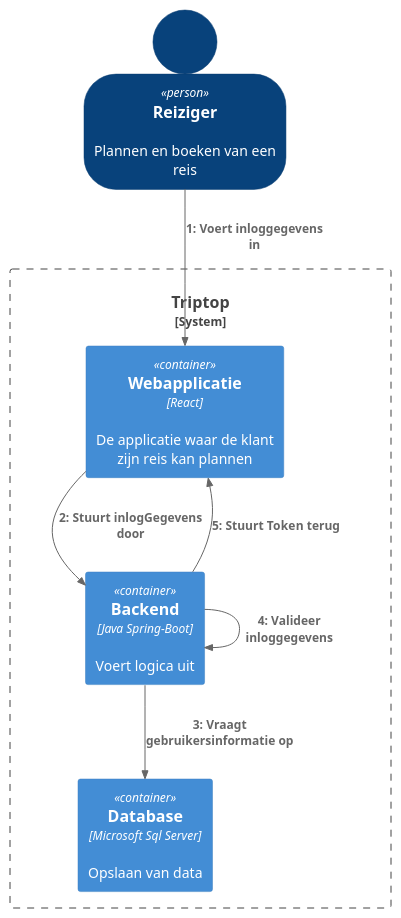
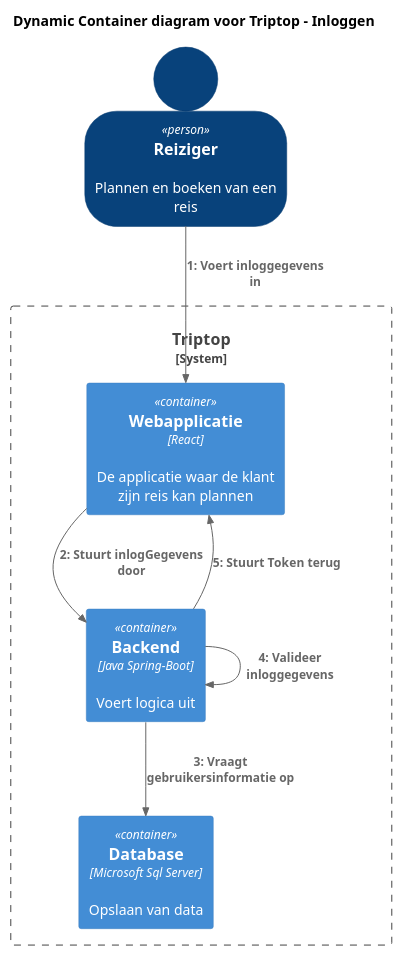
The diagram in c4 Dynamische container diagram inloggen.puml (AIM-ENE-feb25/triptop-groep-tweeeeeeeeeeeeeeeeeeeeee), drawn with PlantUML before and after one commit.

Commit message:
add title

```diff
--- a/c4 Dynamische container diagram inloggen.puml
+++ b/c4 Dynamische container diagram inloggen.puml
@@ -1,22 +1,23 @@
 @startuml
 !include https://raw.githubusercontent.com/plantuml-stdlib/C4-PlantUML/master/C4_Dynamic.puml
 
+title Dynamic Container diagram voor Triptop - Inloggen
 SHOW_PERSON_OUTLINE()
 LAYOUT_TOP_DOWN()
 
 Person(Reiziger, "Reiziger", "Plannen en boeken van een reis")
 
 System_Boundary(s1, Triptop){
 Container(webApp,"Webapplicatie","React", "De applicatie waar de klant zijn reis kan plannen")
 Container(Backend, "Backend", "Java Spring-Boot", "Voert logica uit")
 Container(Database, "Database", "Microsoft Sql Server", "Opslaan van data")
 }
 
 
 
 Rel(Reiziger, webApp, "Voert inloggegevens in")
 Rel(webApp, Backend, "Stuurt inlogGegevens door")
 Rel(Backend, Database, "Vraagt gebruikersinformatie op")
 Rel(Backend, Backend, "Valideer inloggegevens")
 Rel(Backend, webApp, "Stuurt Token terug")
 @enduml
```
